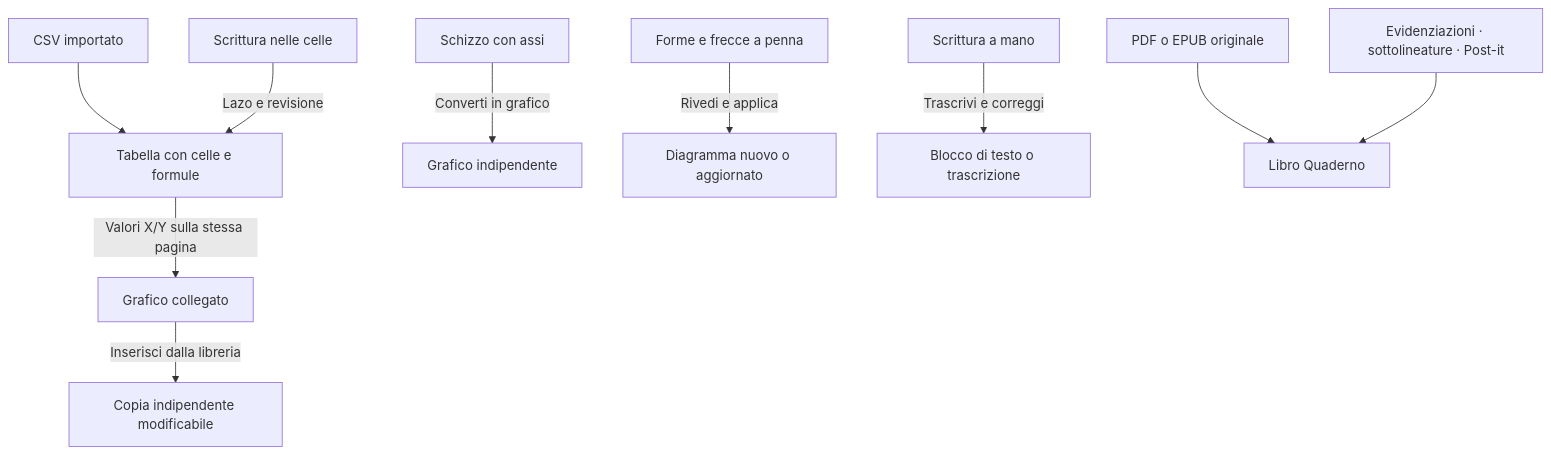
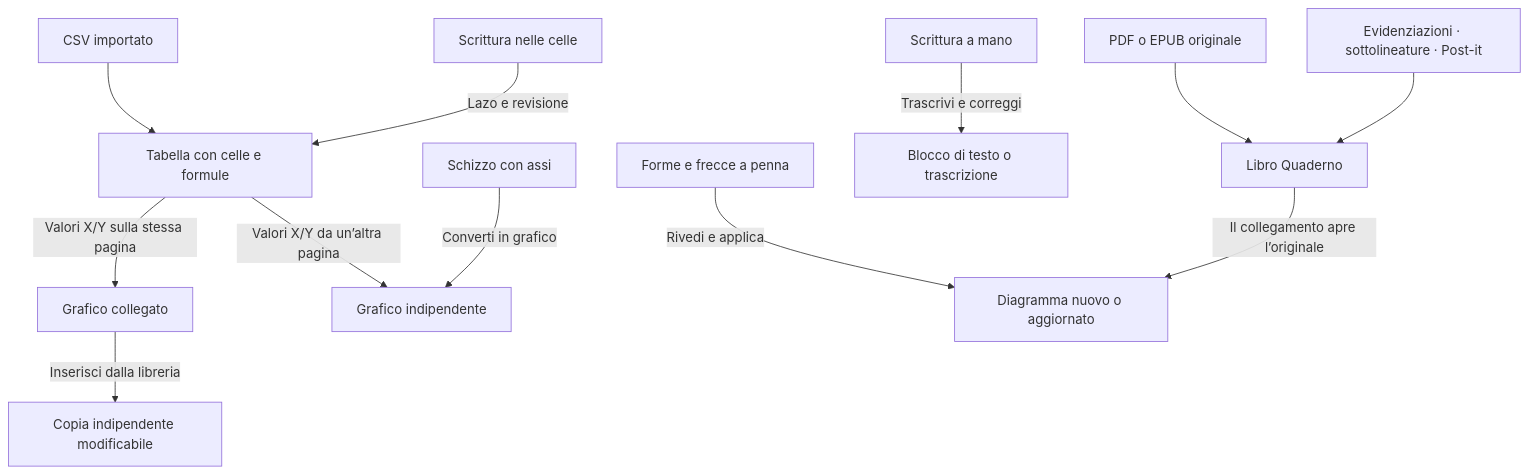
The second of 2 diagrams in docs/FUNZIONI_E_FLUSSI.md (GiorgioOppo/quaderno-public), drawn with Mermaid before and after one commit. The commit also changed other lines of this file and 95 other files, not shown here.

````diff
--- a/docs/FUNZIONI_E_FLUSSI.md
+++ b/docs/FUNZIONI_E_FLUSSI.md
@@ -120,12 +123,14 @@
 ```mermaid
 flowchart TD
     CSV["CSV importato"] --> T["Tabella con celle e formule"]
     E["Scrittura nelle celle"] -->|"Lazo e revisione"| T
     T -->|"Valori X/Y sulla stessa pagina"| C["Grafico collegato"]
     C -->|"Inserisci dalla libreria"| P["Copia indipendente modificabile"]
     S["Schizzo con assi"] -->|"Converti in grafico"| G["Grafico indipendente"]
     F["Forme e frecce a penna"] -->|"Rivedi e applica"| D["Diagramma nuovo o aggiornato"]
     H["Scrittura a mano"] -->|"Trascrivi e correggi"| X["Blocco di testo o trascrizione"]
     L["PDF o EPUB originale"] --> B["Libro Quaderno"]
     A["Evidenziazioni · sottolineature · Post-it"] --> B
+    T -->|"Valori X/Y da un’altra pagina"| G
+    B -->|"Il collegamento apre l’originale"| D
 ```
````
